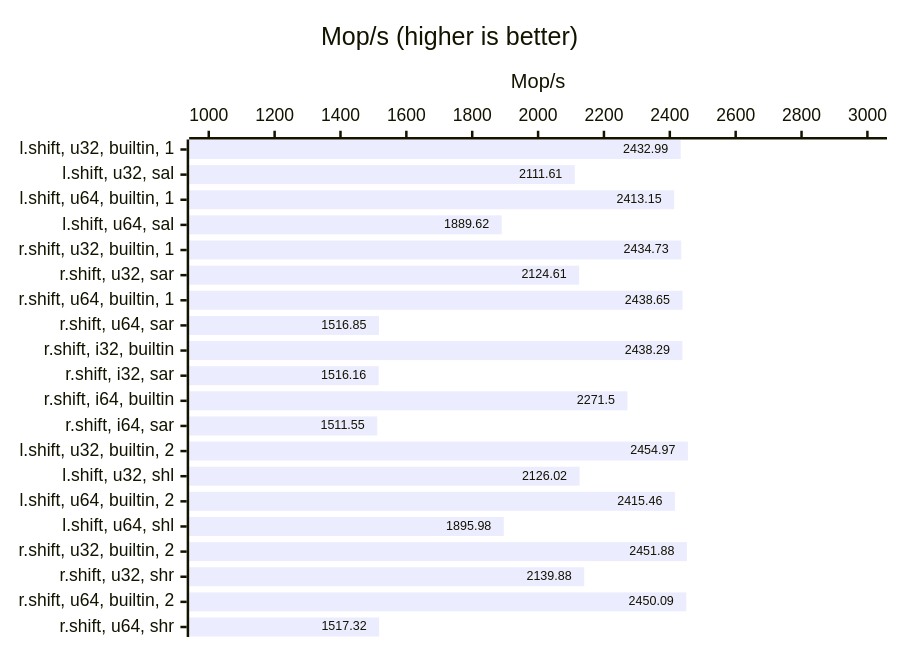
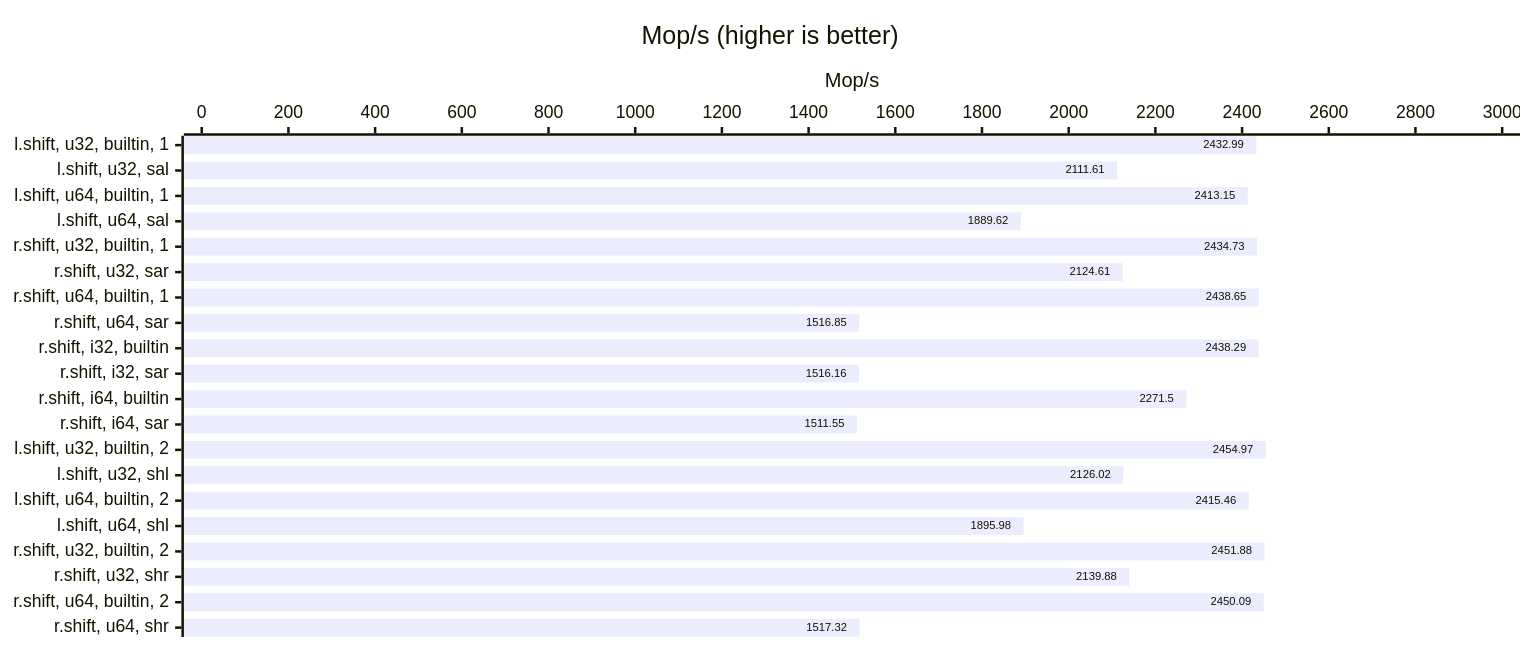
The first of 44 diagrams in Benchmarks.md (ttldtor/bits), drawn with Mermaid before and after one commit. The commit also changed other lines of this file and 1 other file, not shown here.

````diff
--- a/Benchmarks.md
+++ b/Benchmarks.md
@@ -57,15 +57,16 @@
 ```mermaid
 ---
 config:
     xyChart:
         showDataLabel: true
+        width: 1200
     yAxis:
         showLabel: false
         showAxisLine: false
 ---
 xychart-beta horizontal
 title "Mop/s (higher is better)"
-y-axis "Mop/s" 1000 --> 3000
+y-axis "Mop/s" 0 --> 3000
 x-axis ["l.shift, u32, builtin, 1", "l.shift, u32, sal", "l.shift, u64, builtin, 1", "l.shift, u64, sal", "r.shift, u32, builtin, 1", "r.shift, u32, sar", "r.shift, u64, builtin, 1", "r.shift, u64, sar", "r.shift, i32, builtin", "r.shift, i32, sar", "r.shift, i64, builtin", "r.shift, i64, sar", "l.shift, u32, builtin, 2", "l.shift, u32, shl", "l.shift, u64, builtin, 2", "l.shift, u64, shl", "r.shift, u32, builtin, 2", "r.shift, u32, shr", "r.shift, u64, builtin, 2", "r.shift, u64, shr"]
 bar [2432.99, 2111.61, 2413.15, 1889.62, 2434.73, 2124.61, 2438.65, 1516.85, 2438.29, 1516.16, 2271.50, 1511.55, 2454.97, 2126.02, 2415.46, 1895.98, 2451.88, 2139.88, 2450.09, 1517.32]
 ```
````
